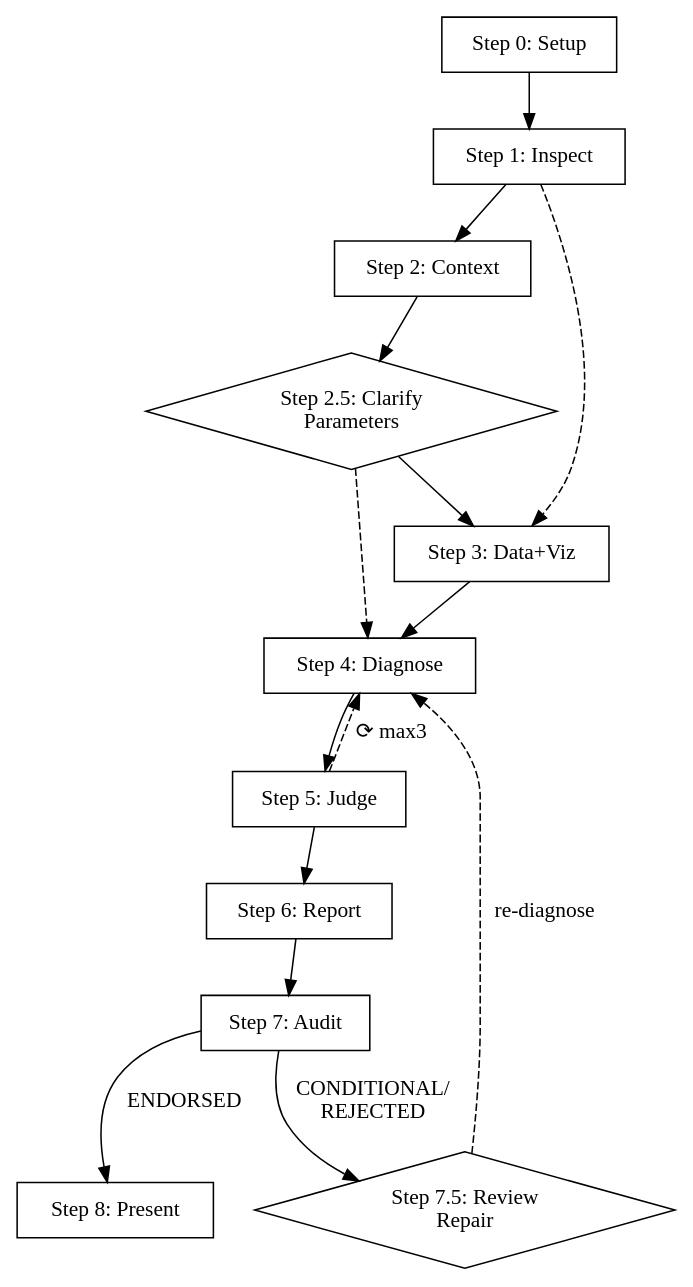
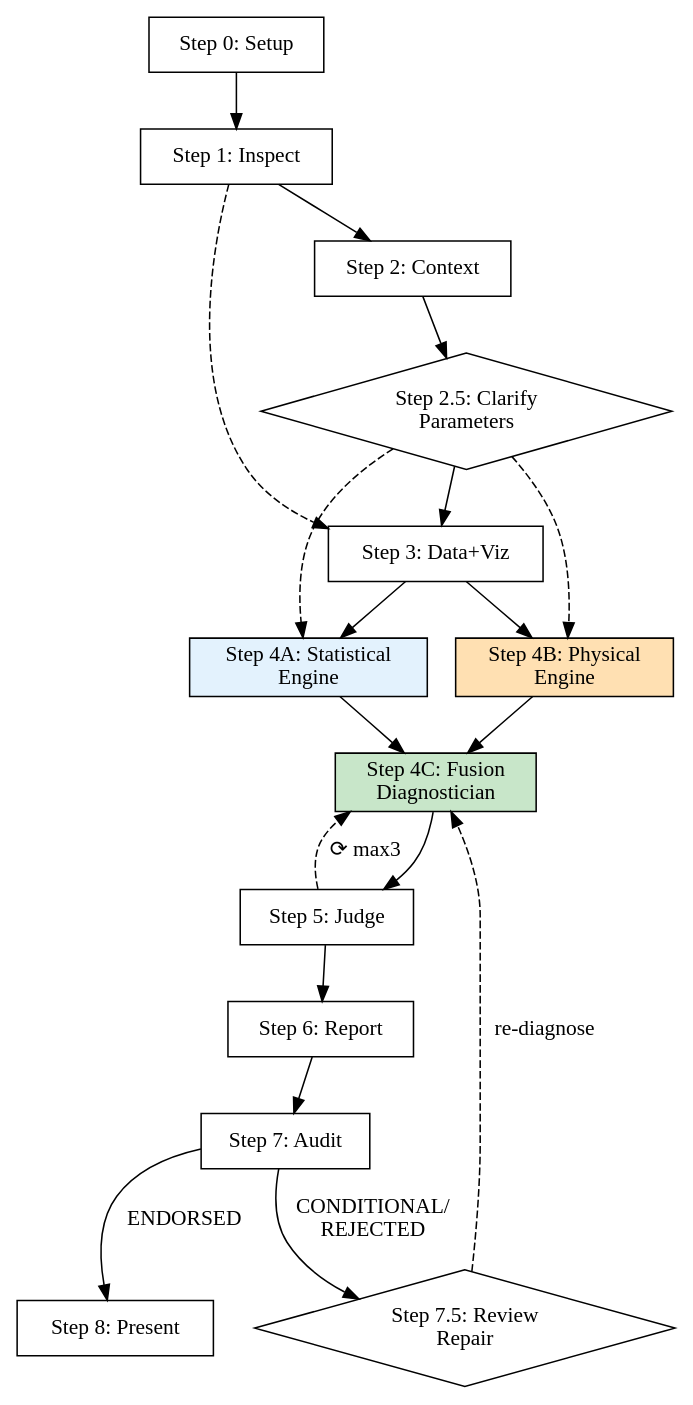
The diagram in .claude/skills/industrial-deep-diagnostic/SKILL.md (kingdol666/industrial-deep-diagnostic), drawn with Graphviz before and after one commit. The commit also changed other lines of this file and 8 other files, not shown here.

First line of the commit message:
feat: dual-drive architecture v5.0 — Statistical + Physical engines with cross-validation

````diff
--- a/.claude/skills/industrial-deep-diagnostic/SKILL.md
+++ b/.claude/skills/industrial-deep-diagnostic/SKILL.md
@@ -51,33 +51,39 @@
 ```dot
 digraph diagnostic_flow {
   rankdir=TB;
   node [shape=box];
 
   setup [label="Step 0: Setup"];
   inspect [label="Step 1: Inspect"];
   context [label="Step 2: Context"];
   clarify [label="Step 2.5: Clarify\nParameters" shape=diamond];
   dataproc [label="Step 3: Data+Viz"];
-  diag [label="Step 4: Diagnose"];
+  stats [label="Step 4A: Statistical\nEngine" style=filled fillcolor="#E3F2FD"];
+  phys [label="Step 4B: Physical\nEngine" style=filled fillcolor="#FFE0B2"];
+  fusion [label="Step 4C: Fusion\nDiagnostician" style=filled fillcolor="#C8E6C9"];
   judge [label="Step 5: Judge"];
   report [label="Step 6: Report"];
   review [label="Step 7: Audit"];
   repair [label="Step 7.5: Review\nRepair" shape=diamond];
   present [label="Step 8: Present"];
 
   setup -> inspect;
   inspect -> context;
   inspect -> dataproc [style=dashed];
   context -> clarify;
   clarify -> dataproc;
-  clarify -> diag [style=dashed];
-  dataproc -> diag;
-  diag -> judge;
-  judge -> diag [label="⟳ max3" style=dashed];
+  clarify -> stats [style=dashed];
+  clarify -> phys [style=dashed];
+  dataproc -> stats;
+  dataproc -> phys;
+  stats -> fusion;
+  phys -> fusion;
+  fusion -> judge;
+  judge -> fusion [label="⟳ max3" style=dashed];
   judge -> report;
   report -> review;
   review -> repair [label="CONDITIONAL/\nREJECTED"];
-  repair -> diag [label="re-diagnose" style=dashed];
+  repair -> fusion [label="re-diagnose" style=dashed];
   review -> present [label="ENDORSED"];
 }
 ```
````
